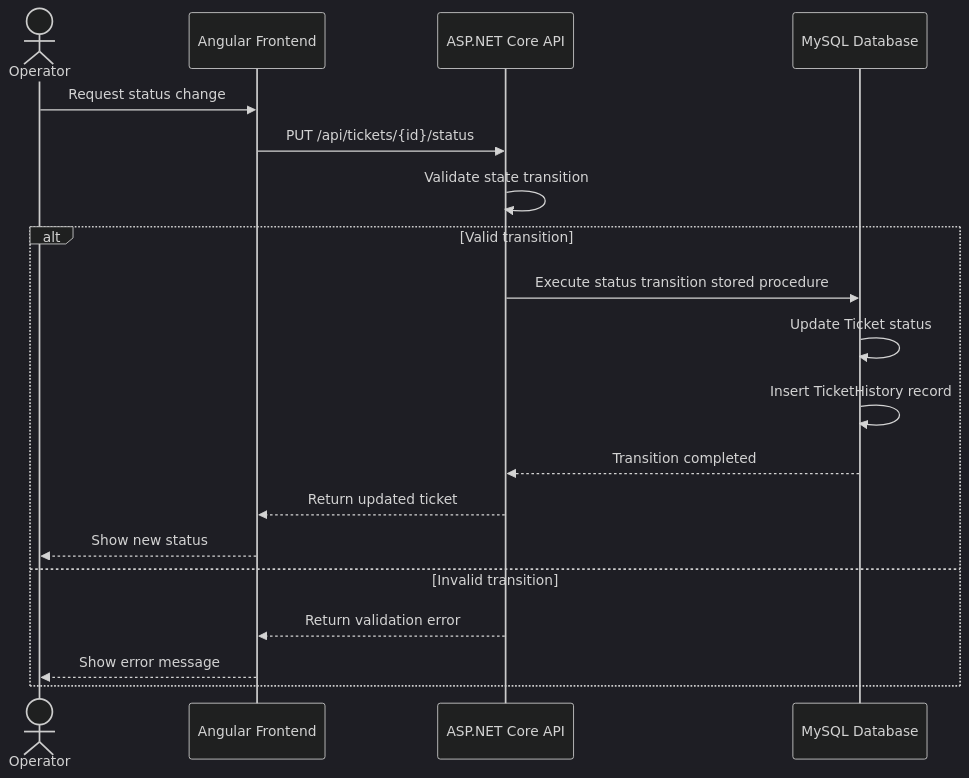
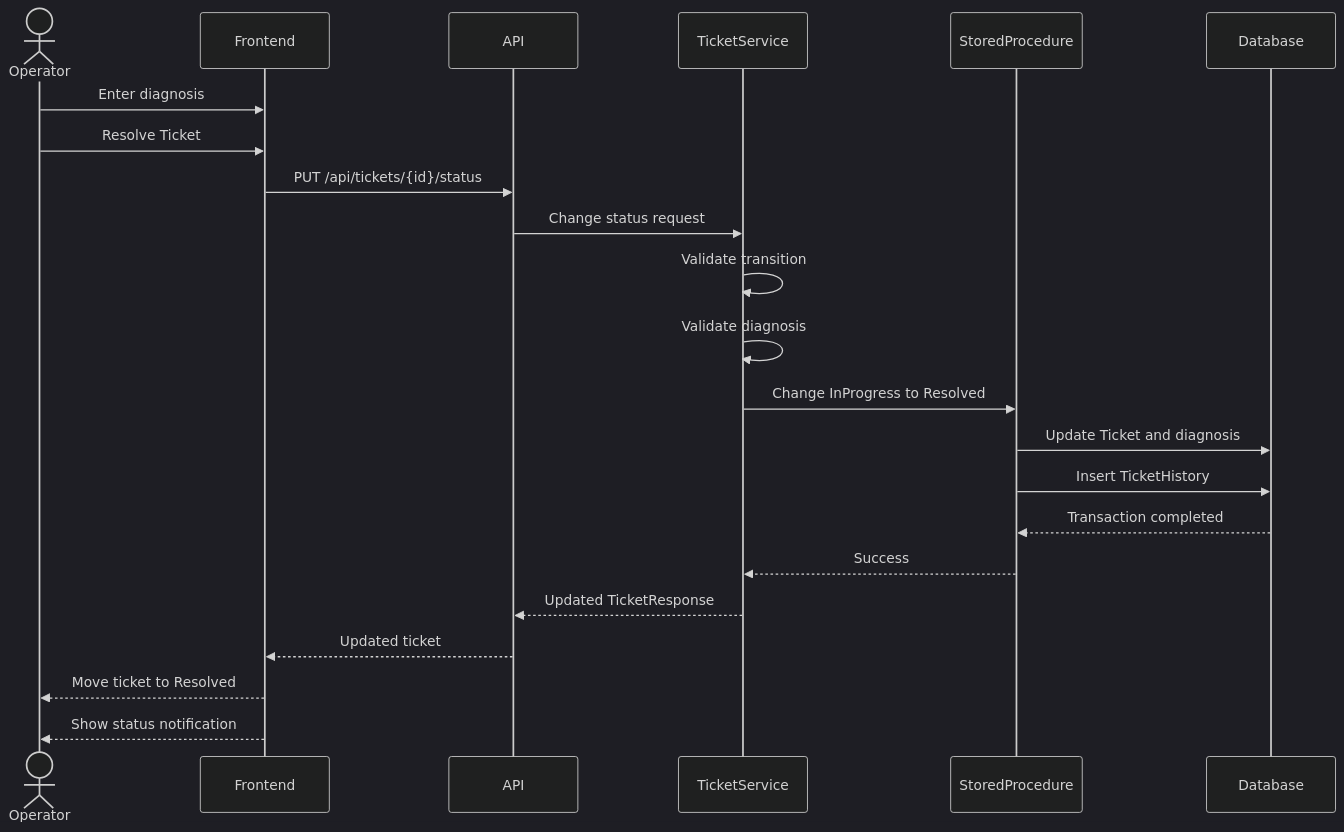
The third of 3 diagrams in docs/sequence-diagram.md (carlosmore1/Control-de-Mantenimiento-y-Tickets), drawn with Mermaid (dark theme) before and after one commit. The commit also changed other lines of this file and 4 other files, not shown here.

````diff
--- a/docs/sequence-diagram.md
+++ b/docs/sequence-diagram.md
@@ -23,23 +63,30 @@
 ```mermaid
 sequenceDiagram
     actor Operator
-    participant Frontend as Angular Frontend
-    participant API as ASP.NET Core API
-    participant DB as MySQL Database
+    participant Frontend
+    participant API
+    participant TicketService
+    participant StoredProcedure
+    participant Database
 
-    Operator->>Frontend: Request status change
+    Operator->>Frontend: Enter diagnosis
+    Operator->>Frontend: Resolve Ticket
+
     Frontend->>API: PUT /api/tickets/{id}/status
-    API->>API: Validate state transition
+    API->>TicketService: Change status request
 
-    alt Valid transition
-        API->>DB: Execute status transition stored procedure
-        DB->>DB: Update Ticket status
-        DB->>DB: Insert TicketHistory record
-        DB-->>API: Transition completed
-        API-->>Frontend: Return updated ticket
-        Frontend-->>Operator: Show new status
-    else Invalid transition
-        API-->>Frontend: Return validation error
-        Frontend-->>Operator: Show error message
-    end
+    TicketService->>TicketService: Validate transition
+    TicketService->>TicketService: Validate diagnosis
+
+    TicketService->>StoredProcedure: Change InProgress to Resolved
+    StoredProcedure->>Database: Update Ticket and diagnosis
+    StoredProcedure->>Database: Insert TicketHistory
+    Database-->>StoredProcedure: Transaction completed
+
+    StoredProcedure-->>TicketService: Success
+    TicketService-->>API: Updated TicketResponse
+    API-->>Frontend: Updated ticket
+
+    Frontend-->>Operator: Move ticket to Resolved
+    Frontend-->>Operator: Show status notification
 ```
````
